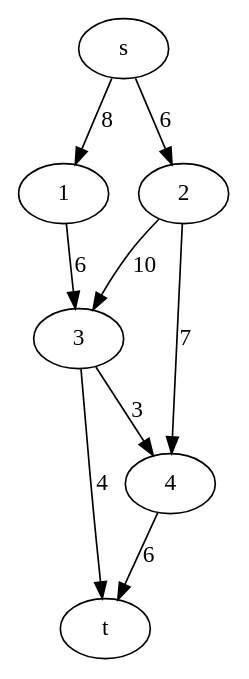
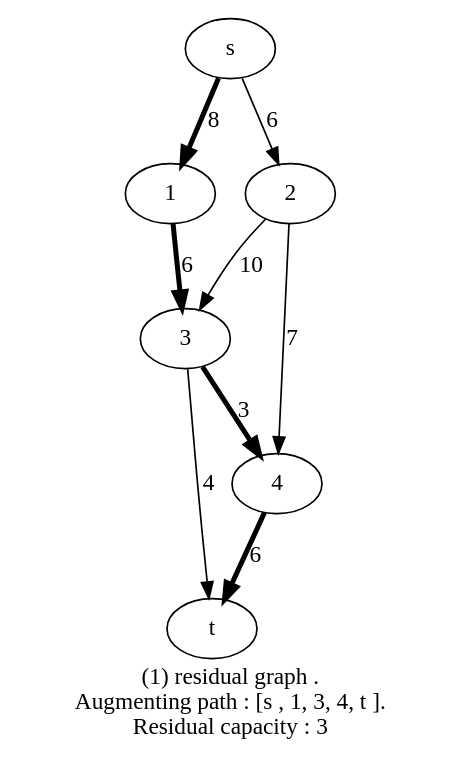
Before and after one commit to Milhka/MaximumFlow: the diagram in test.gv, drawn with Graphviz. The commit also changed 2 other files, not shown here.

Commit message:
Add Residual Capacity/ ResidualGraph/ FlowGraph

```diff
--- a/test.gv
+++ b/test.gv
@@ -1,11 +1,14 @@
-digraph flowNetwork {
+digraph residualGraph1 {
     rankdir =" LR ";
-    s -> 1 [ label ="8" , len =8];
+    label ="(1) residual graph .
+Augmenting path : [s , 1, 3, 4, t ].
+Residual capacity : 3";
+    s -> 1 [ label ="8" , len =8 , penwidth =3 , color =" blue "];
     s -> 2 [ label ="6" , len =6];
-    1 -> 3 [ label ="6" , len =6];
+    1 -> 3 [ label ="6" , len =6 , penwidth =3 , color =" blue "];
     2 -> 3 [ label ="10" , len =10];
     2 -> 4 [ label ="7" , len =7];
-    3 -> 4 [ label ="3" , len =3];
+    3 -> 4 [ label ="3" , len =3 , fontcolor =" red " , penwidth =3 , color =" blue "];
     3 -> t [ label ="4" , len =4];
-    4 -> t [ label ="6" , len =6];
+    4 -> t [ label ="6" , len =6 , penwidth =3 , color =" blue "];
 }
```
